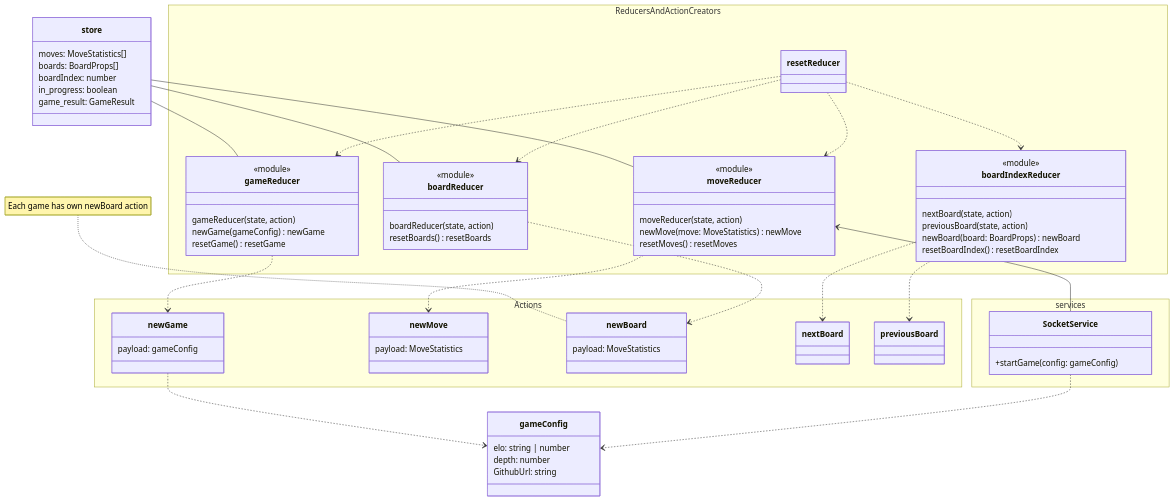
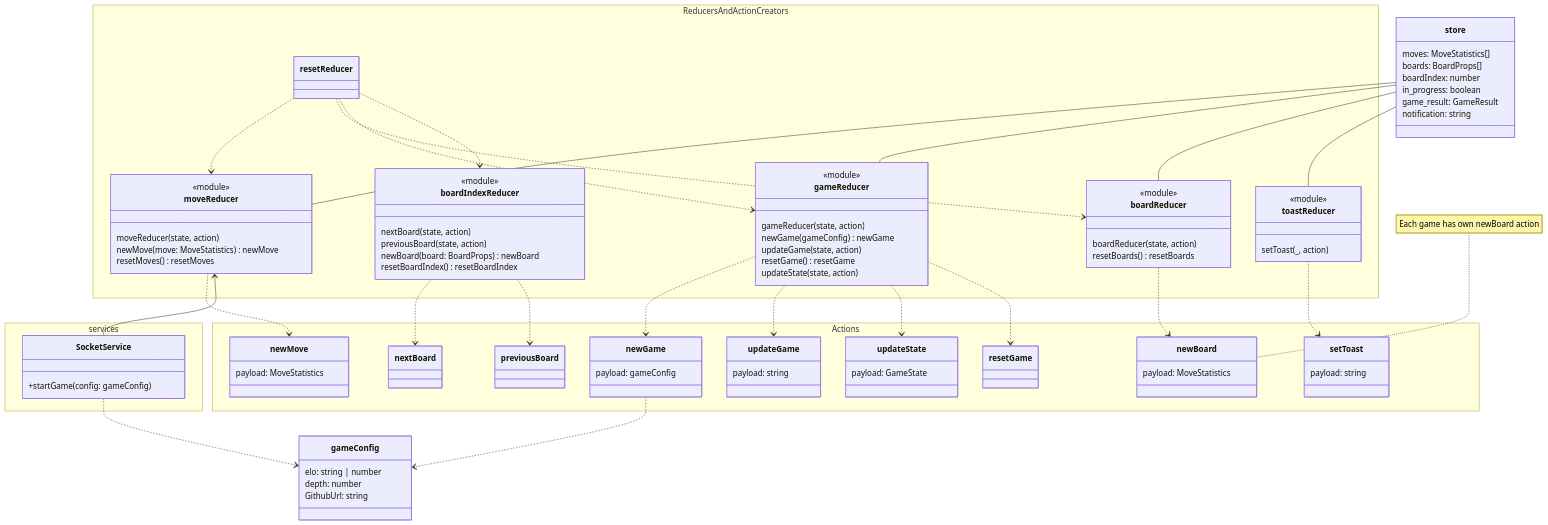
The fifth of 5 diagrams in docs/architecture.md (game-ai-platform-team/tira-ai-platform), drawn with Mermaid before and after one commit. The commit also changed other lines of this file and 1 other file, not shown here.

Commit message:
docs(#121) Include toastReducer in documentation

````diff
--- a/docs/architecture.md
+++ b/docs/architecture.md
@@ -304,11 +306,17 @@
 store -- moveReducer
 store -- gameReducer
 store -- boardReducer
+store -- toastReducer
 
 gameReducer ..> newGame
+gameReducer ..> updateGame
+gameReducer ..> updateState
+gameReducer ..> resetGame
 moveReducer ..> newMove
 boardReducer ..> newBoard
 newGame ..> gameConfig
+toastReducer ..> setToast
+
 
 moveReducer <-- SocketService
 
@@ -342,6 +350,7 @@
     boardIndex: number
     in_progress: boolean
     game_result: GameResult
+    notification: string
 }
 
 
@@ -357,7 +366,9 @@
         <<module>>
         gameReducer(state, action)
         newGame(gameConfig) newGame
+        updateGame(state, action)
         resetGame() resetGame
+        updateState(state, action)
     }
 
     class boardReducer {
@@ -376,6 +387,11 @@
     
     class resetReducer {
     }
+
+    class toastReducer {
+        <<module>>
+        setToast(_, action)
+    }
 }
 
 namespace Actions {
@@ -391,9 +407,23 @@
         payload: gameConfig
     }
 
+    class updateGame {
+        payload: string
+    }
+
+    class updateState {
+        payload: GameState
+    }
+
+    class setToast {
+        payload: string
+    }
+
     class nextBoard
 
     class previousBoard
+
+    class resetGame
 }
 
 ```
````
